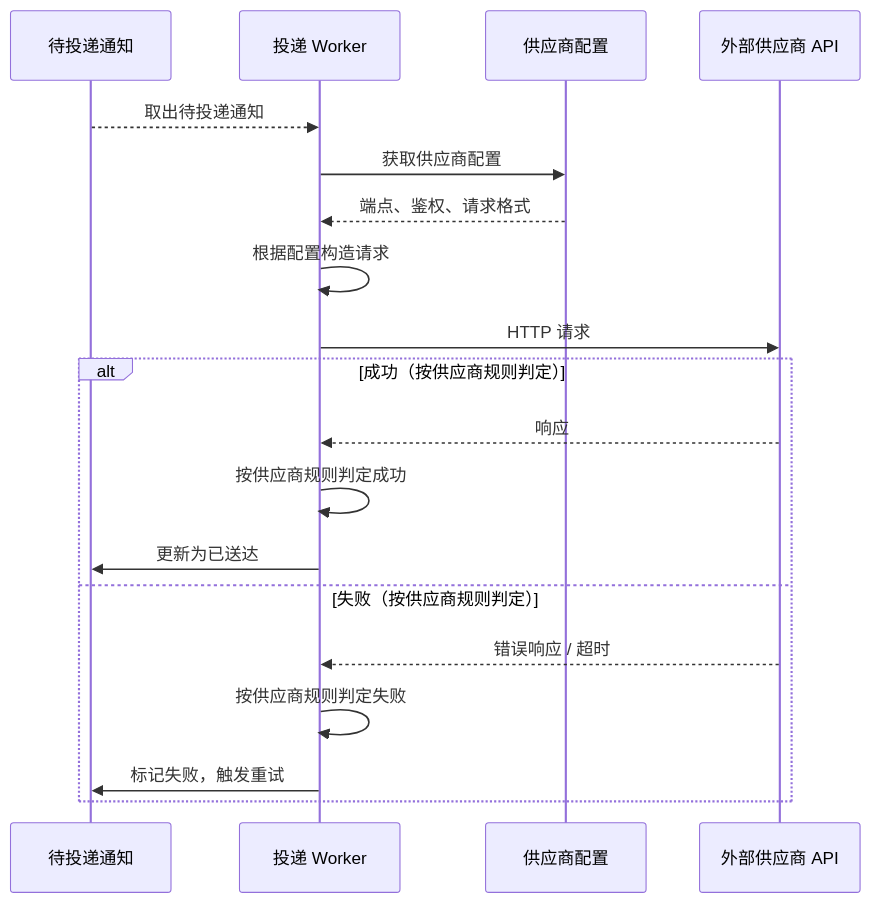
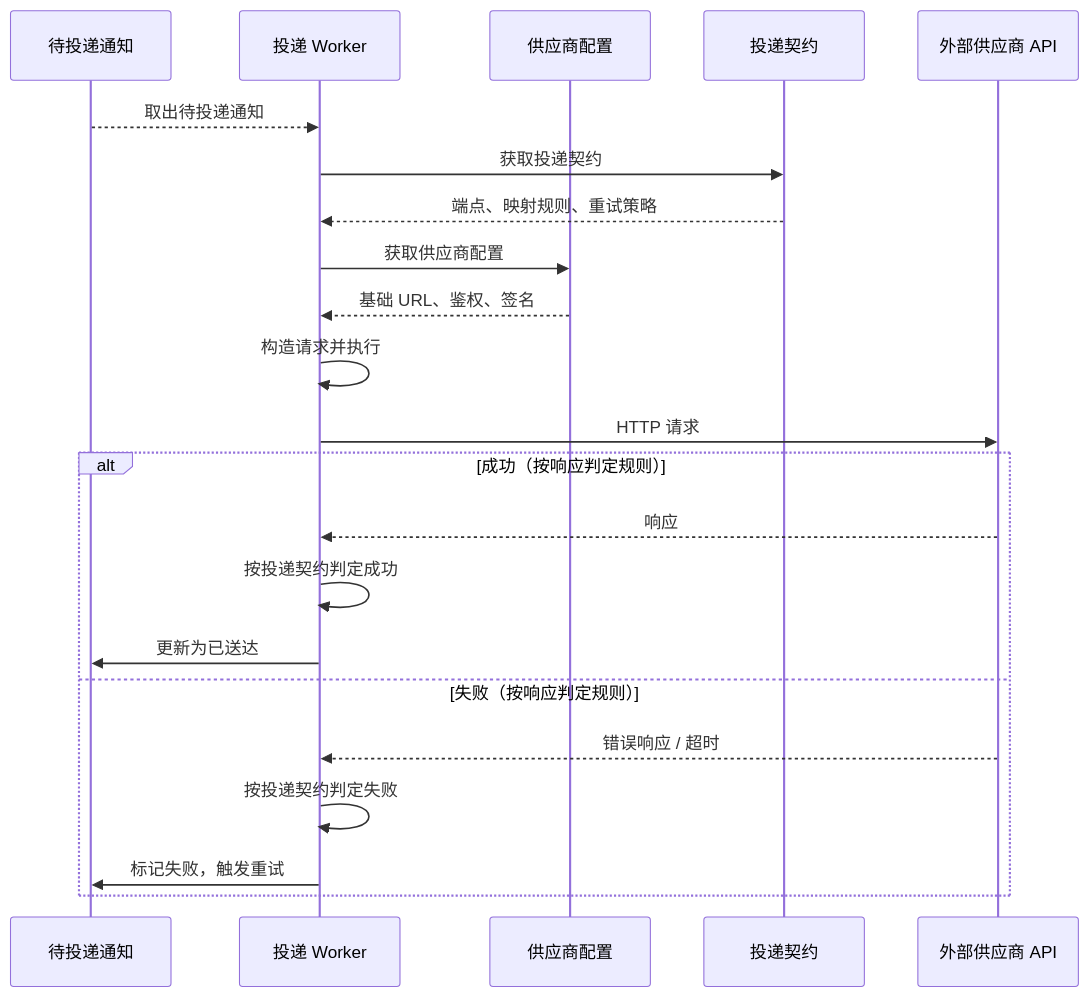
The third of 8 diagrams in doc/requirements/202605-notification.md (xnslong/rc_xnslong), drawn with Mermaid before and after one commit. The commit also changed other lines of this file, not shown here.

````diff
--- a/doc/requirements/202605-notification.md
+++ b/doc/requirements/202605-notification.md
@@ -300,22 +343,25 @@
 ```mermaid
 sequenceDiagram
     participant Task as 待投递通知
     participant Worker as 投递 Worker
-    participant Config as 供应商配置
+    participant VendorConfig as 供应商配置
+    participant Contract as 投递契约
     participant Vendor as 外部供应商 API
 
     Task-->>Worker: 取出待投递通知
-    Worker->>Config: 获取供应商配置
-    Config-->>Worker: 端点、鉴权、请求格式
-    Worker->>Worker: 根据配置构造请求
+    Worker->>Contract: 获取投递契约
+    Contract-->>Worker: 端点、映射规则、重试策略
+    Worker->>VendorConfig: 获取供应商配置
+    VendorConfig-->>Worker: 基础 URL、鉴权、签名
+    Worker->>Worker: 构造请求并执行
     Worker->>Vendor: HTTP 请求
-    alt 成功（按供应商规则判定）
+    alt 成功（按响应判定规则）
         Vendor-->>Worker: 响应
-        Worker->>Worker: 按供应商规则判定成功
+        Worker->>Worker: 按投递契约判定成功
         Worker->>Task: 更新为已送达
-    else 失败（按供应商规则判定）
+    else 失败（按响应判定规则）
         Vendor-->>Worker: 错误响应 / 超时
-        Worker->>Worker: 按供应商规则判定失败
+        Worker->>Worker: 按投递契约判定失败
         Worker->>Task: 标记失败，触发重试
     end
 ```
````
